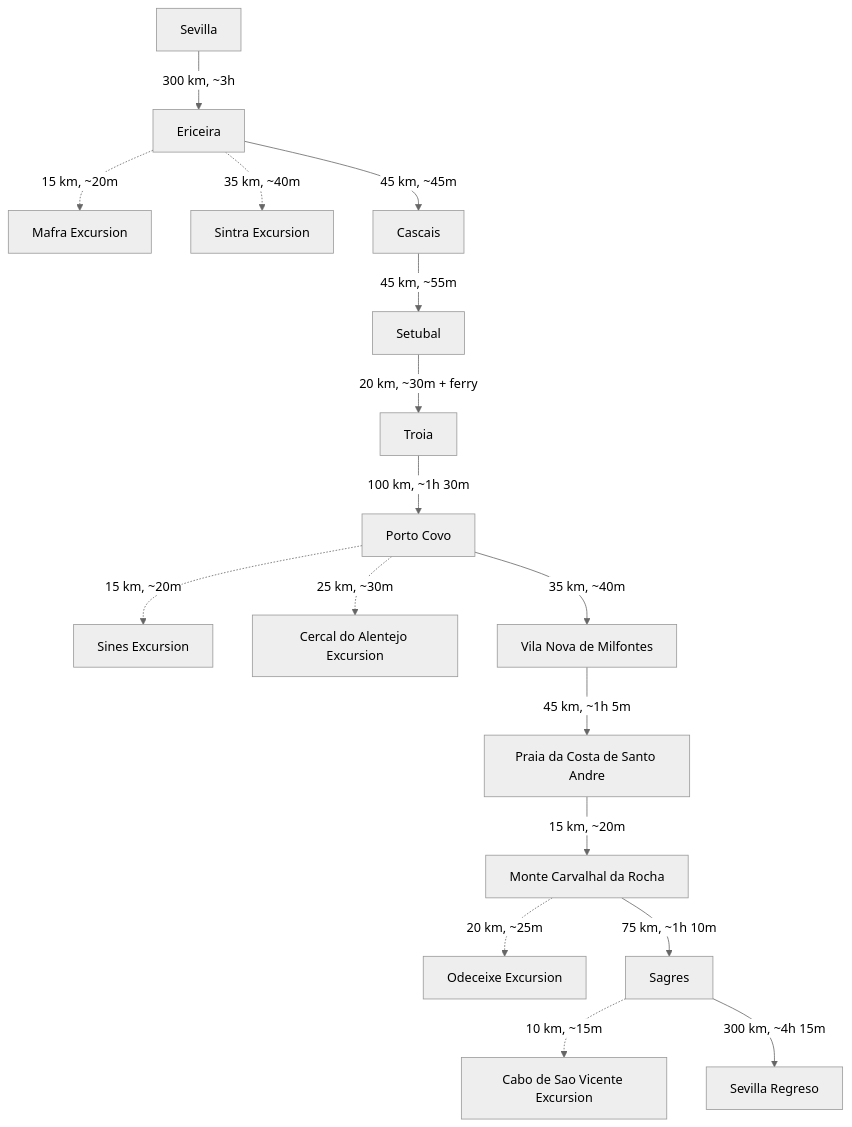
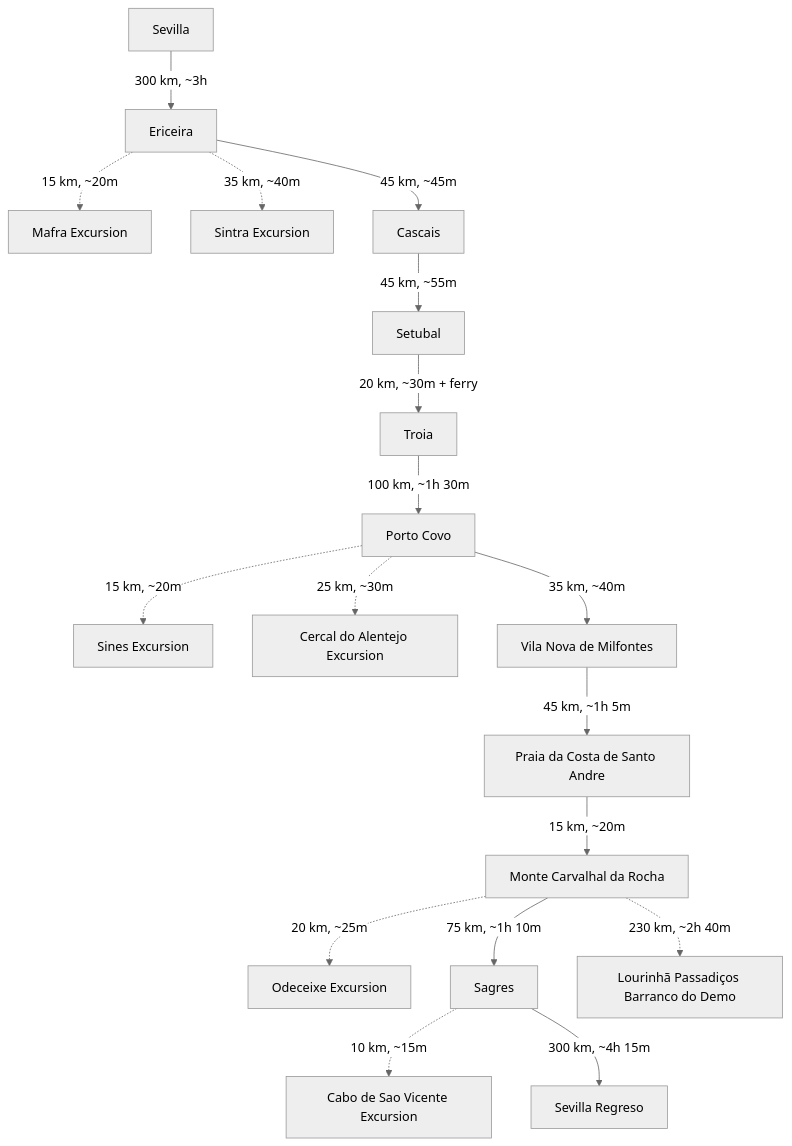
Before and after one commit to carlosrodlop/carlosrodlop-docs: the diagram in trips/Portugal_2025_v2.md, drawn with Mermaid (neutral theme). The commit also changed other lines of this file, not shown here.

````diff
--- a/trips/Portugal_2025_v2.md
+++ b/trips/Portugal_2025_v2.md
@@ -83,37 +83,38 @@
 ```mermaid
 graph TD
     A[Sevilla]
     B[Ericeira]
     C[Mafra Excursion]
     S[Sintra Excursion]
     D[Cascais]
     E[Setubal]
     F[Troia]
     G[Porto Covo]
     H[Sines Excursion]
     I[Cercal do Alentejo Excursion]
     J[Vila Nova de Milfontes]
     K[Praia da Costa de Santo Andre]
     L[Monte Carvalhal da Rocha]
     M[Odeceixe Excursion]
     N[Sagres]
     O[Cabo de Sao Vicente Excursion]
     Z[Sevilla Regreso]
 
     A -- 300 km, ~3h --> B
     B -. 15 km, ~20m .-> C
     B -. 35 km, ~40m .-> S
+    L -. 230 km, ~2h 40m .-> Q[Lourinhã Passadiços Barranco do Demo]
     B -- 45 km, ~45m --> D
     D -- 45 km, ~55m --> E
     E -- 20 km, ~30m + ferry --> F
     F -- 100 km, ~1h 30m --> G
     G -. 15 km, ~20m .-> H
     G -. 25 km, ~30m .-> I
     G -- 35 km, ~40m --> J
     J -- 45 km, ~1h 5m --> K
     K -- 15 km, ~20m --> L
     L -. 20 km, ~25m .-> M
     L -- 75 km, ~1h 10m --> N
     N -. 10 km, ~15m .-> O
     N -- 300 km, ~4h 15m --> Z
 ```
````
